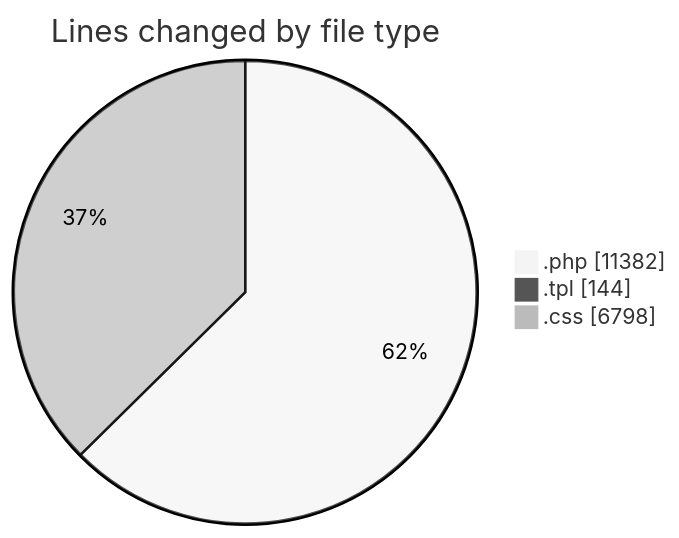
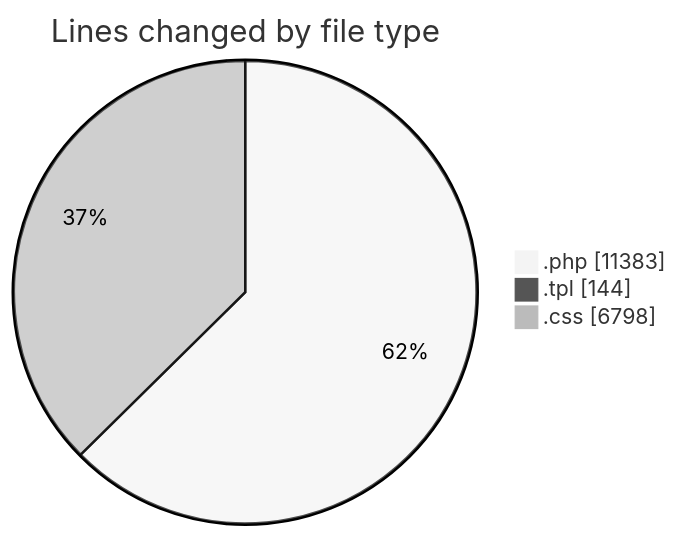
One commit to vahidmafi/code-tracking changed the first of 2 diagrams in 2025-10-04/shop/README.md. Above: the diagram before and after it, drawn with Mermaid (neutral theme). The commit also changed other lines of this file and 1 other file, not shown here.

````diff
--- a/2025-10-04/shop/README.md
+++ b/2025-10-04/shop/README.md
@@ -41,7 +41,7 @@
 ```mermaid
 pie showData
 title Lines changed by file type
-".php" : 11382
+".php" : 11383
 ".tpl" : 144
 ".css" : 6798
 ```
````
